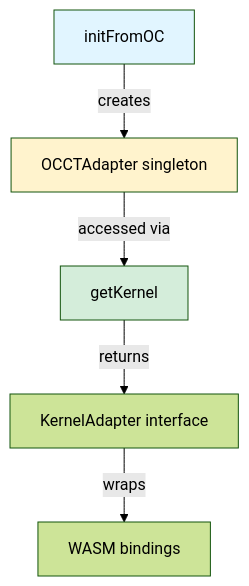
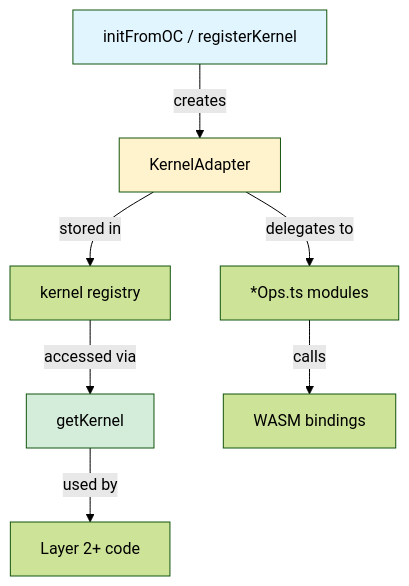
One commit to andymai/brepjs changed the diagram in src/kernel/README.md. Above: the diagram before and after it, drawn with Mermaid (forest theme). The commit also changed other lines of this file and 52 other files, not shown here.

````diff
--- a/src/kernel/README.md
+++ b/src/kernel/README.md
@@ -5,11 +5,13 @@
 ```mermaid
 graph TD
-    A[initFromOC] -->|creates| B[OCCTAdapter singleton]
-    B -->|accessed via| C[getKernel]
-    C -->|returns| D[KernelAdapter interface]
-    D -->|wraps| E[WASM bindings]
+    A[initFromOC / registerKernel] -->|creates| B[KernelAdapter]
+    B -->|stored in| C[kernel registry]
+    C -->|accessed via| D[getKernel]
+    D -->|used by| E[Layer 2+ code]
+    B -->|delegates to| F[*Ops.ts modules]
+    F -->|calls| G[WASM bindings]
 
     style A fill:#e1f5ff
     style B fill:#fff3cd
-    style C fill:#d4edda
+    style D fill:#d4edda
 ```
````
